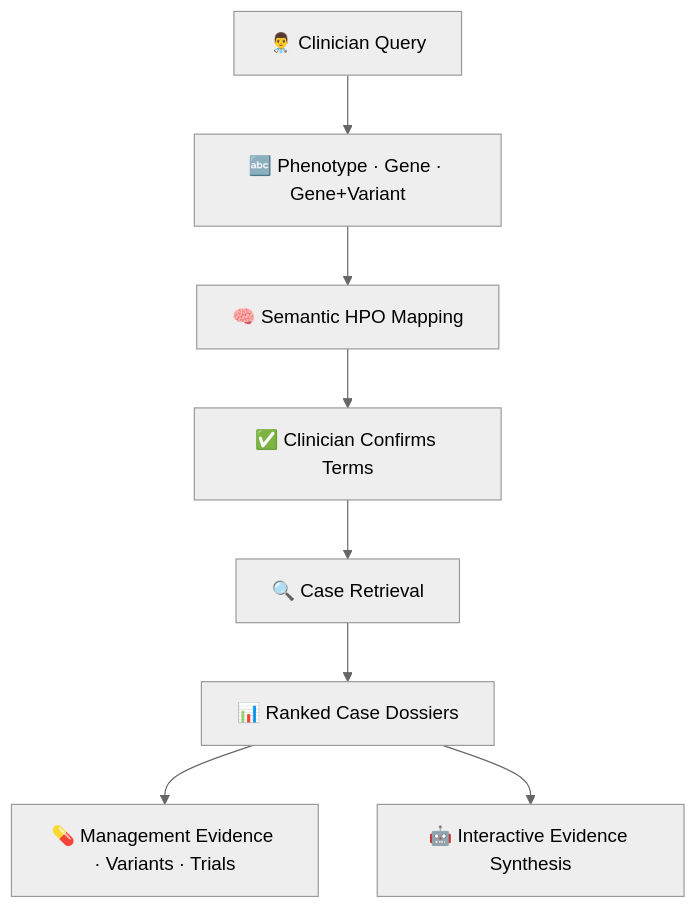
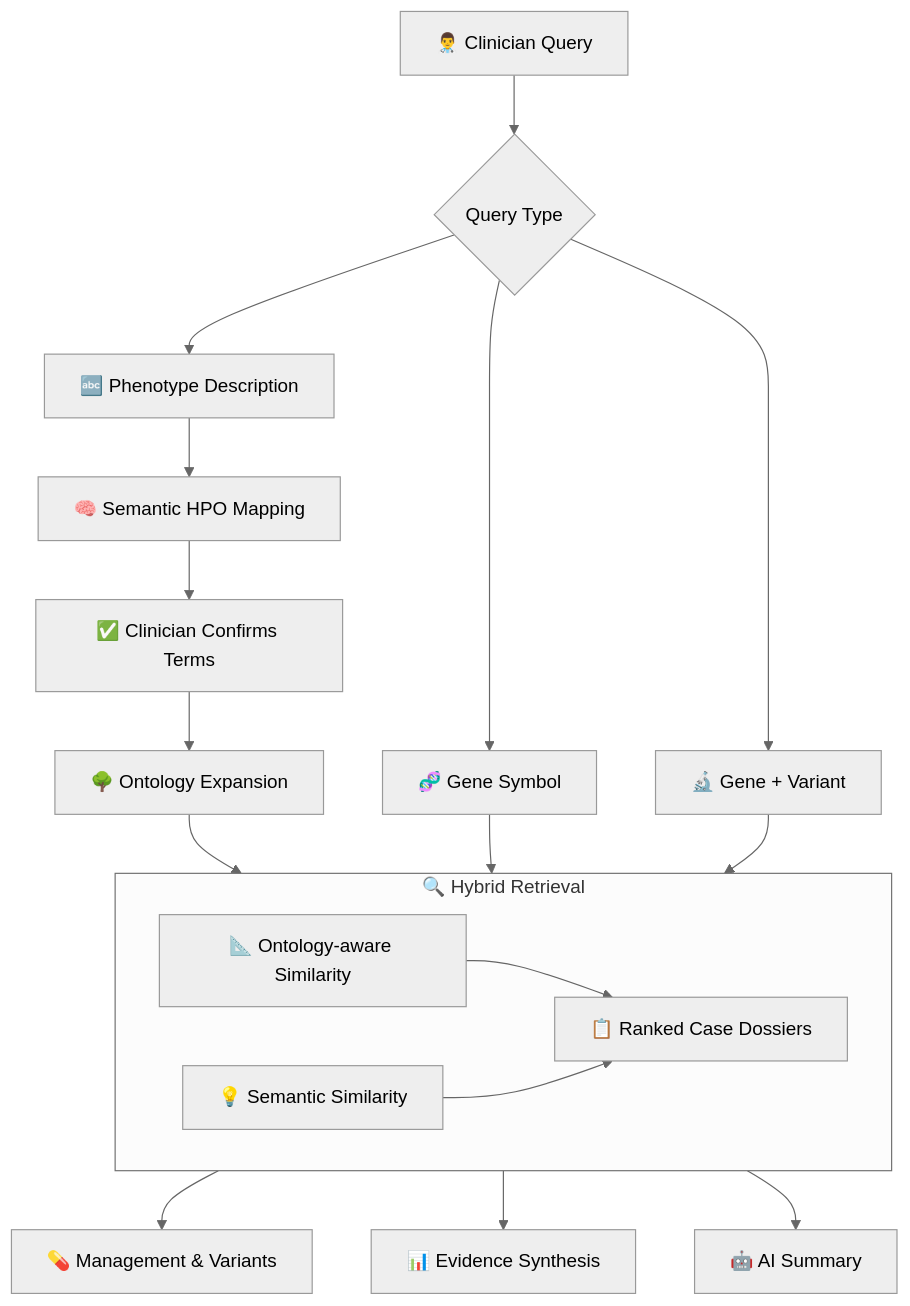
Before and after one commit to suryamukhikuchibhotla/RareDex-documentation: the diagram in README.md, drawn with Mermaid (neutral theme).

````diff
--- a/README.md
+++ b/README.md
@@ -55,10 +51,25 @@
 ```mermaid
 flowchart TD
-    A[👨‍⚕️ Clinician Query] --> B[🔤 Phenotype · Gene · Gene+Variant]
-    B --> C[🧠 Semantic HPO Mapping]
-    C --> D[✅ Clinician Confirms Terms]
-    D --> E[🔍 Case Retrieval]
-    E --> F[📊 Ranked Case Dossiers]
-    F --> G[💊 Management Evidence · Variants · Trials]
-    F --> H[🤖 Interactive Evidence Synthesis]
+    A[👨‍⚕️ Clinician Query] --> B{Query Type}
+    B --> C[🔤 Phenotype Description]
+    B --> D[🧬 Gene Symbol]
+    B --> E[🔬 Gene + Variant]
+
+    C --> F[🧠 Semantic HPO Mapping]
+    F --> G[✅ Clinician Confirms Terms]
+    G --> H[🌳 Ontology Expansion]
+
+    H --> I
+    D --> I
+    E --> I
+
+    subgraph Retrieval [" 🔍 Hybrid Retrieval "]
+    direction LR
+        I[📐 Ontology-aware Similarity] --> K[📋 Ranked Case Dossiers]
+        J[💡 Semantic Similarity] --> K
+    end
+
+    K --> M[💊 Management & Variants]
+    K --> N[📊 Evidence Synthesis]
+    K --> O[🤖 AI Summary]
 ```
````
